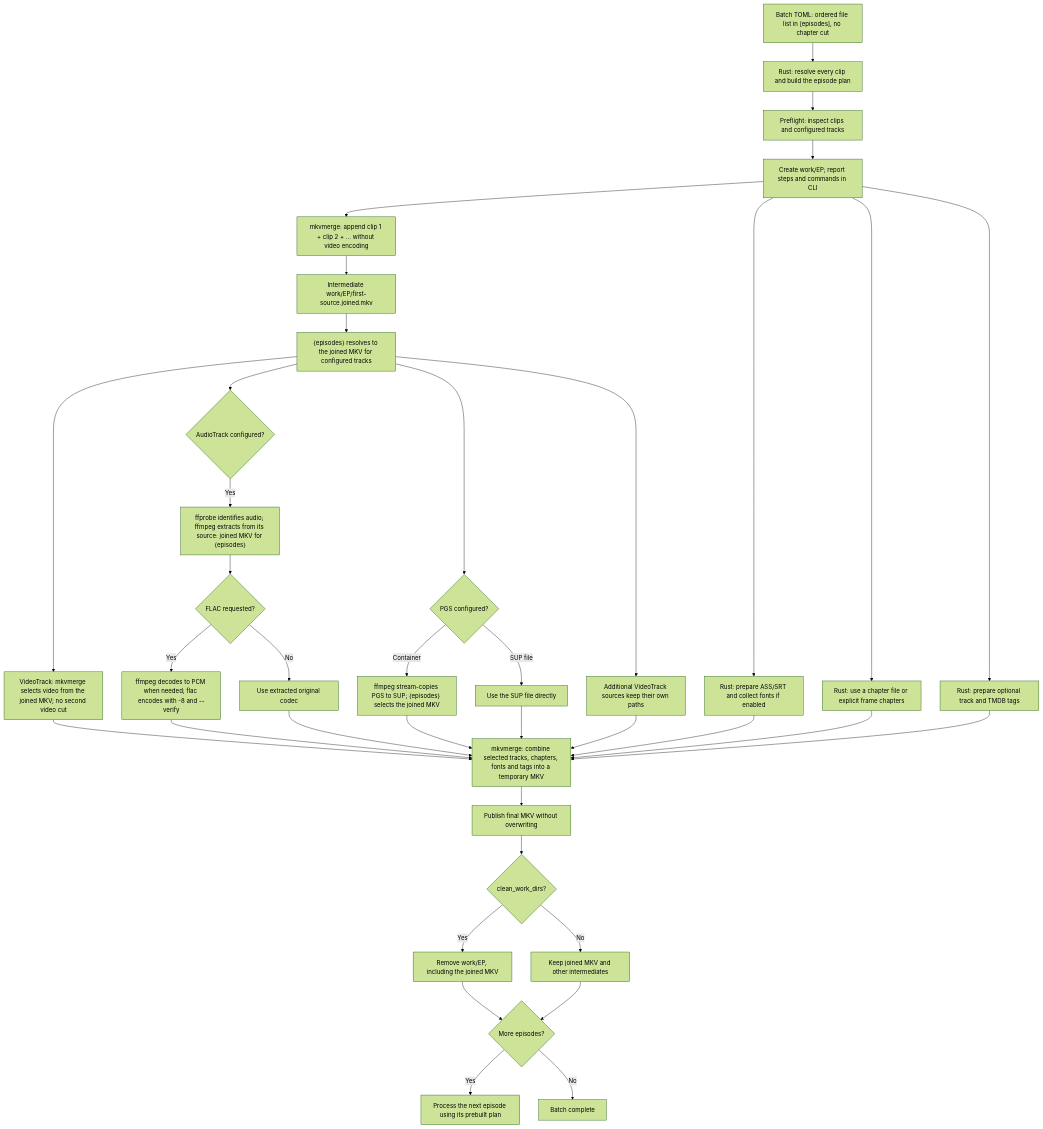
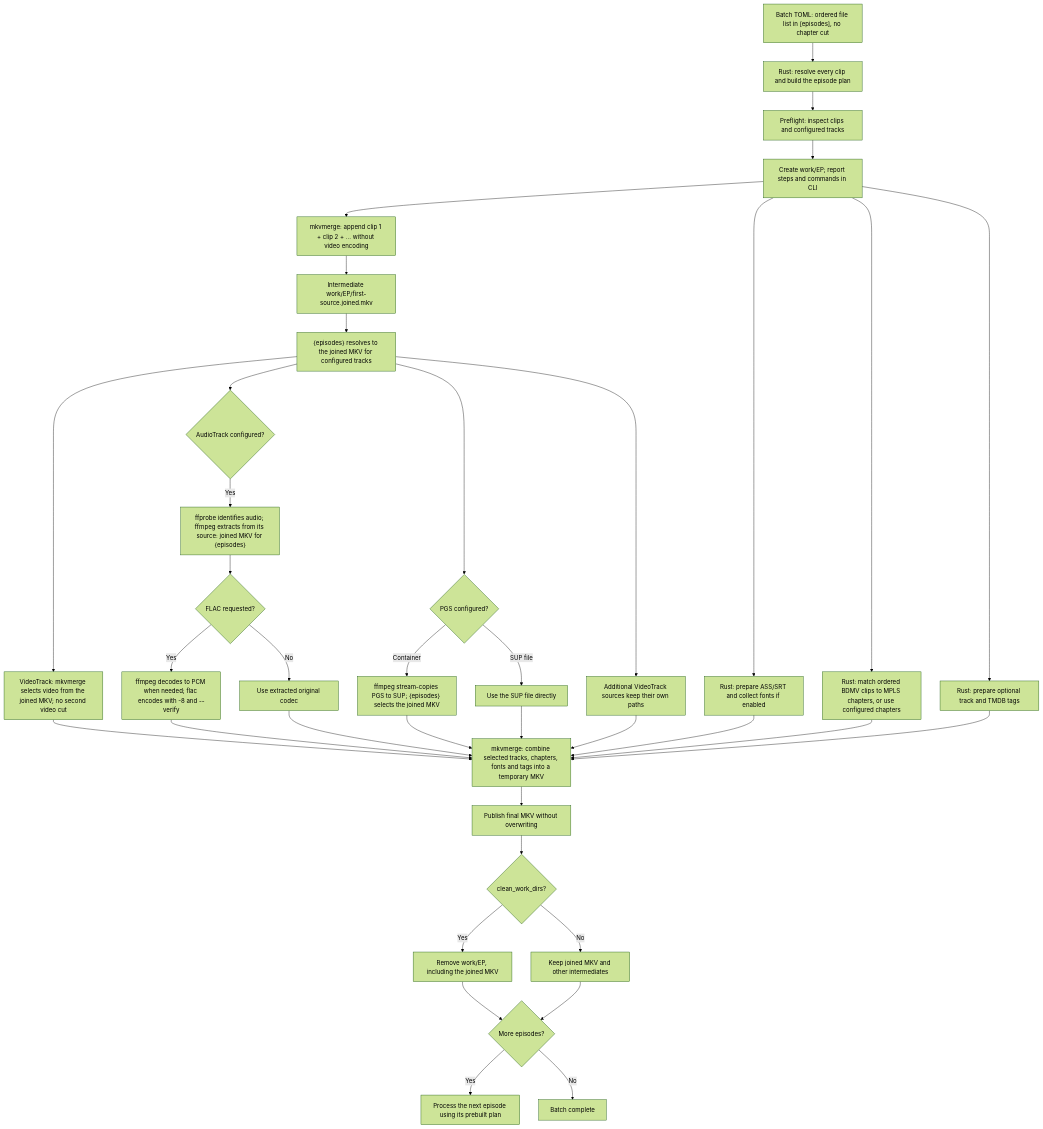
The diagram in docs/multi-part-flow.mmd (IncYami/muxcraft), drawn with Mermaid (forest theme) before and after one commit. The commit also changed 9 other files, not shown here.

Commit message:
Discover chapters for joined BDMV clips

```diff
--- a/docs/multi-part-flow.mmd
+++ b/docs/multi-part-flow.mmd
@@ -1,37 +1,37 @@
 flowchart TD
     A["Batch TOML: ordered file list in [episodes], no chapter cut"] --> B["Rust: resolve every clip and build the episode plan"]
     B --> C["Preflight: inspect clips and configured tracks"]
     C --> W["Create work/EP; report steps and commands in CLI"]
     W --> JOIN["mkvmerge: append clip 1 + clip 2 + ... without video encoding"]
     JOIN --> JFILE["Intermediate work/EP/first-source.joined.mkv"]
     JFILE --> VAR["{episodes} resolves to the joined MKV for configured tracks"]
     VAR --> V["VideoTrack: mkvmerge selects video from the joined MKV; no second video cut"]
     VAR --> AU{"AudioTrack configured?"}
     AU -- Yes --> AX["ffprobe identifies audio; ffmpeg extracts from its source: joined MKV for {episodes}"]
     AX --> AC{"FLAC requested?"}
     AC -- Yes --> FL["ffmpeg decodes to PCM when needed; flac encodes with -8 and --verify"]
     AC -- No --> CP["Use extracted original codec"]
     VAR --> PG{"PGS configured?"}
     PG -- Container --> PX["ffmpeg stream-copies PGS to SUP; {episodes} selects the joined MKV"]
     PG -- SUP file --> PD["Use the SUP file directly"]
     VAR --> OTHER["Additional VideoTrack sources keep their own paths"]
     W --> SUB["Rust: prepare ASS/SRT and collect fonts if enabled"]
-    W --> CH["Rust: use a chapter file or explicit frame chapters"]
+    W --> CH["Rust: match ordered BDMV clips to MPLS chapters, or use configured chapters"]
     W --> TAG["Rust: prepare optional track and TMDB tags"]
     V --> MX["mkvmerge: combine selected tracks, chapters, fonts and tags into a temporary MKV"]
     FL --> MX
     CP --> MX
     PX --> MX
     PD --> MX
     OTHER --> MX
     SUB --> MX
     CH --> MX
     TAG --> MX
     MX --> OUT["Publish final MKV without overwriting"]
     OUT --> CLEAN{"clean_work_dirs?"}
     CLEAN -- Yes --> RM["Remove work/EP, including the joined MKV"]
     CLEAN -- No --> KEEP["Keep joined MKV and other intermediates"]
     RM --> NEXT{"More episodes?"}
     KEEP --> NEXT
     NEXT -- Yes --> REPEAT["Process the next episode using its prebuilt plan"]
     NEXT -- No --> DONE["Batch complete"]
```
